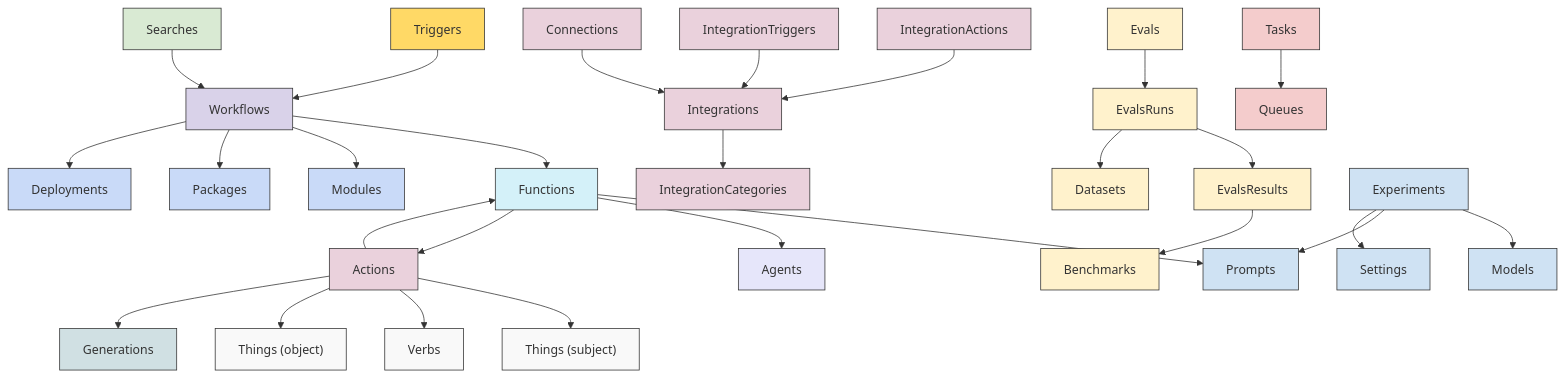
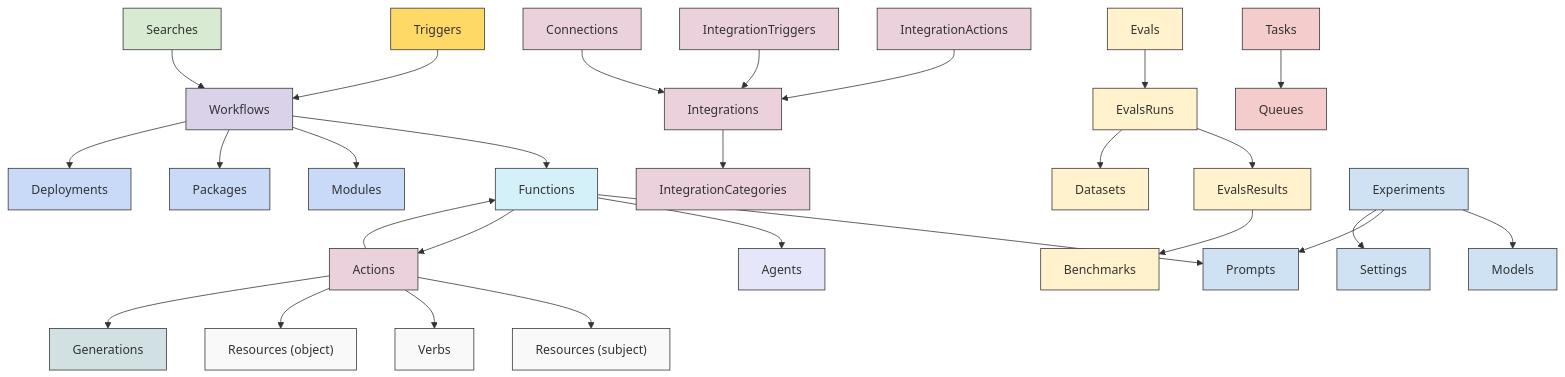
One commit to drivly/ai changed diagram 17 of 17 in ARCHITECTURE.md. Above: the diagram before and after it, drawn with Mermaid. The commit also changed other lines of this file and 14 other files, not shown here.

Commit message:
refactor: complete Things to Resources renaming across documentation and code

````diff
--- a/ARCHITECTURE.md
+++ b/ARCHITECTURE.md
@@ -645,66 +645,66 @@
 ```mermaid
 graph TD
     Functions --> Prompts
     Functions --> Agents
     Functions --> Actions
     
     Workflows --> Functions
     Workflows --> Modules
     Workflows --> Packages
     Workflows --> Deployments
     
-    Actions --> Things["Things (subject)"]
+    Actions --> Resources["Resources (subject)"]
     Actions --> Verbs
     Actions --> Functions
-    Actions --> Things2["Things (object)"]
+    Actions --> Resources2["Resources (object)"]
     Actions --> Generations
     
     Triggers --> Workflows
     Searches --> Workflows
     
     Integrations --> IntegrationCategories
     IntegrationActions --> Integrations
     IntegrationTriggers --> Integrations
     Connections --> Integrations
     
     Evals --> EvalsRuns
     EvalsRuns --> EvalsResults
     EvalsRuns --> Datasets
     EvalsResults --> Benchmarks
     
     Tasks --> Queues
     
     Experiments --> Models
     Experiments --> Prompts
     Experiments --> Settings
     
     style Functions fill:#d4f1f9,stroke:#333,stroke-width:1px
     style Workflows fill:#d9d2e9,stroke:#333,stroke-width:1px
     style Agents fill:#e6e6fa,stroke:#333,stroke-width:1px
     style Triggers fill:#ffd966,stroke:#333,stroke-width:1px
     style Actions fill:#ead1dc,stroke:#333,stroke-width:1px
     style Searches fill:#d9ead3,stroke:#333,stroke-width:1px
-    style Things fill:#f9f9f9,stroke:#333,stroke-width:1px
-    style Things2 fill:#f9f9f9,stroke:#333,stroke-width:1px
+    style Resources fill:#f9f9f9,stroke:#333,stroke-width:1px
+    style Resources2 fill:#f9f9f9,stroke:#333,stroke-width:1px
     style Verbs fill:#f9f9f9,stroke:#333,stroke-width:1px
     style Integrations fill:#ead1dc,stroke:#333,stroke-width:1px
     style IntegrationActions fill:#ead1dc,stroke:#333,stroke-width:1px
     style IntegrationTriggers fill:#ead1dc,stroke:#333,stroke-width:1px
     style Connections fill:#ead1dc,stroke:#333,stroke-width:1px
     style IntegrationCategories fill:#ead1dc,stroke:#333,stroke-width:1px
     style Evals fill:#fff2cc,stroke:#333,stroke-width:1px
     style EvalsRuns fill:#fff2cc,stroke:#333,stroke-width:1px
     style EvalsResults fill:#fff2cc,stroke:#333,stroke-width:1px
     style Benchmarks fill:#fff2cc,stroke:#333,stroke-width:1px
     style Datasets fill:#fff2cc,stroke:#333,stroke-width:1px
     style Generations fill:#d0e0e3,stroke:#333,stroke-width:1px
     style Modules fill:#c9daf8,stroke:#333,stroke-width:1px
     style Packages fill:#c9daf8,stroke:#333,stroke-width:1px
     style Deployments fill:#c9daf8,stroke:#333,stroke-width:1px
     style Tasks fill:#f4cccc,stroke:#333,stroke-width:1px
     style Queues fill:#f4cccc,stroke:#333,stroke-width:1px
     style Experiments fill:#cfe2f3,stroke:#333,stroke-width:1px
     style Models fill:#cfe2f3,stroke:#333,stroke-width:1px
     style Prompts fill:#cfe2f3,stroke:#333,stroke-width:1px
     style Settings fill:#cfe2f3,stroke:#333,stroke-width:1px
 ```
````
